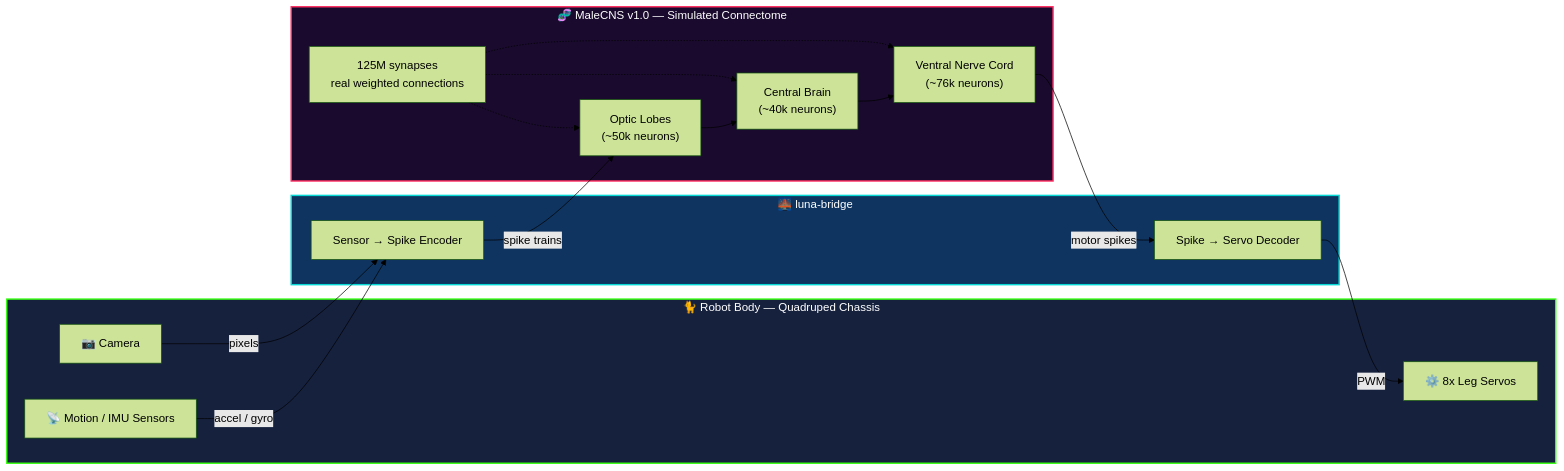
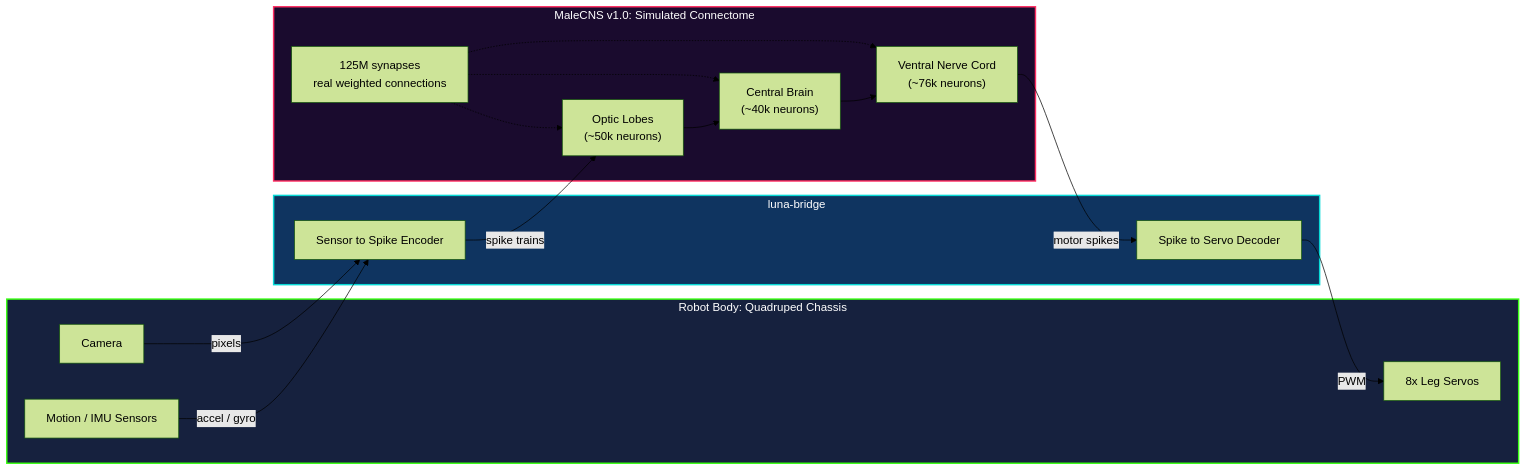
The first of 2 diagrams in README.md (NatalieGX/Luna), drawn with Mermaid (forest theme) before and after one commit. The commit also changed other lines of this file and 1 other file, not shown here.

````diff
--- a/README.md
+++ b/README.md
@@ -54,35 +54,35 @@
 ```mermaid
 flowchart LR
-    subgraph BODY["🐈 Robot Body — Quadruped Chassis"]
-        CAM["📷 Camera"]
-        IMU["📡 Motion / IMU Sensors"]
-        SRV["⚙️ 8x Leg Servos"]
+    subgraph BODY["Robot Body: Quadruped Chassis"]
+        CAM["Camera"]
+        IMU["Motion / IMU Sensors"]
+        SRV["8x Leg Servos"]
     end
 
-    subgraph BRIDGE["🌉 luna-bridge"]
-        ENC["Sensor → Spike Encoder"]
-        DEC["Spike → Servo Decoder"]
+    subgraph BRIDGE["luna-bridge"]
+        ENC["Sensor to Spike Encoder"]
+        DEC["Spike to Servo Decoder"]
     end
 
-    subgraph BRAIN["🧬 MaleCNS v1.0 — Simulated Connectome"]
+    subgraph BRAIN["MaleCNS v1.0: Simulated Connectome"]
         OPT["Optic Lobes\n(~50k neurons)"]
         CNS["Central Brain\n(~40k neurons)"]
         VNC["Ventral Nerve Cord\n(~76k neurons)"]
         SYN["125M synapses\nreal weighted connections"]
     end
 
     CAM -->|pixels| ENC
     IMU -->|accel / gyro| ENC
     ENC -->|spike trains| OPT
     OPT --> CNS
     CNS --> VNC
     VNC -->|motor spikes| DEC
     DEC -->|PWM| SRV
     SYN -.-> OPT
     SYN -.-> CNS
     SYN -.-> VNC
 
     style BRAIN fill:#1a0b2e,stroke:#ff2e63,stroke-width:2px,color:#fff
     style BRIDGE fill:#0f3460,stroke:#08d9d6,stroke-width:2px,color:#fff
     style BODY fill:#16213e,stroke:#39ff14,stroke-width:2px,color:#fff
 ```
````
